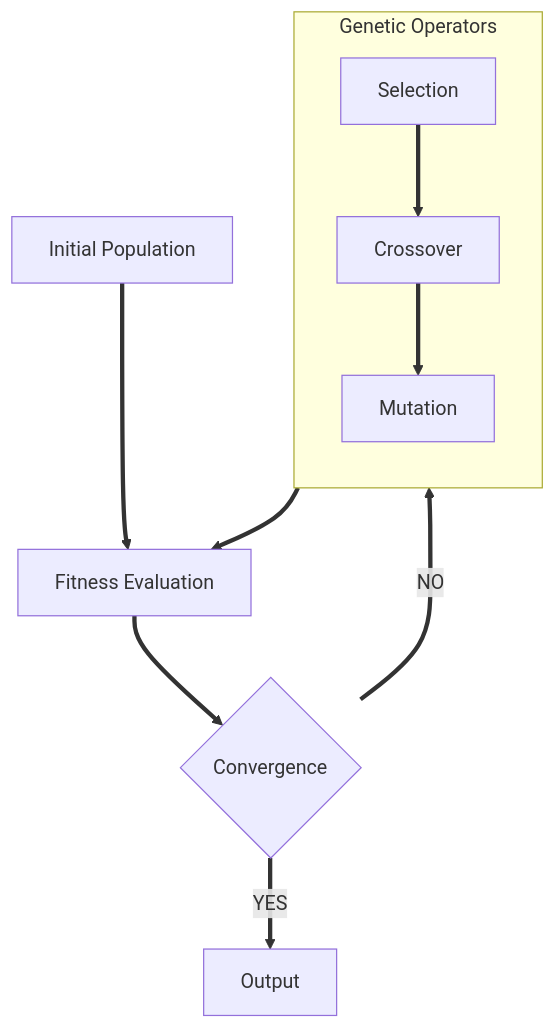
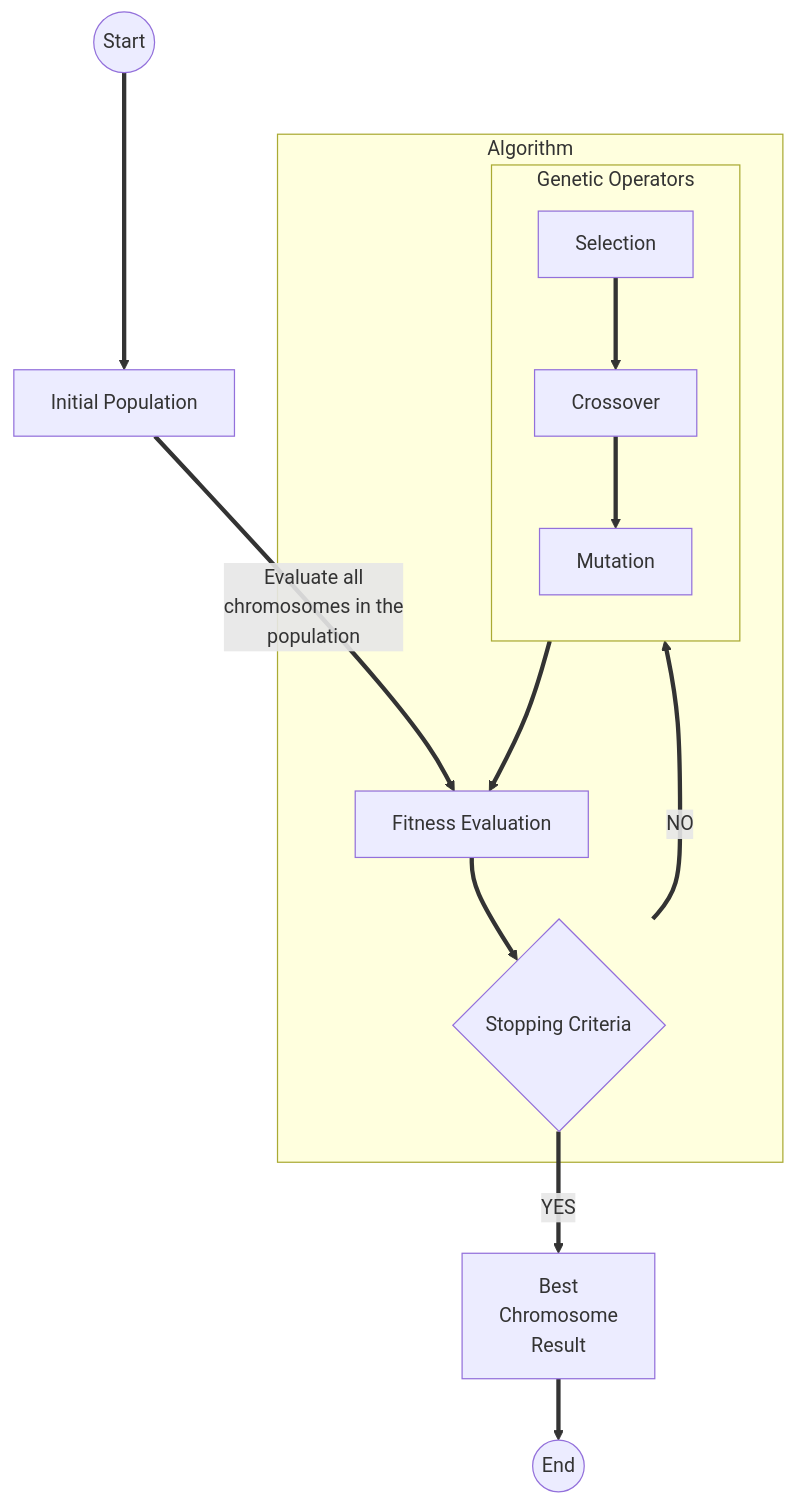
The diagram in README.md (imarranz/pygenmet-manual), drawn with Mermaid before and after one commit.

````diff
--- a/README.md
+++ b/README.md
@@ -56,17 +56,23 @@
 ```mermaid
 flowchart TB
-A[Initial Population] ==> B[Fitness Evaluation]
-B[Fitness Evaluation] ==> F{Convergence}
-F{Convergence} ==NO==> id1[Genetic Operators]
-F{Convergence} ==YES==> G[Output]
+ids((Start)) ==> A[Initial Population]
+A[Initial Population] ==Evaluate all<br>chromosomes in the<br>population==> B[Fitness Evaluation]
+B[Fitness Evaluation] ==> F{Stopping Criteria}
+F{Stopping Criteria} ==NO==> id1[Genetic Operators]
+F{Stopping Criteria} ==YES==> G[Best<br>Chromosome<br>Result]
 C[Selection] ==> D[Crossover]
 D[Crossover] ==> E[Mutation]
 subgraph id1[Genetic Operators]
   direction TB
   C[Selection]
   D[Crossover]
   E[Mutation]
 end
+subgraph id2[Algorithm]
+ id1[Genetic Operators]
+ B[Fitness Evaluation]
+ F{Stopping Criteria}
+end
 id1[GeneticOperators] ==> B[Fitness Evaluation]
-
+G[Best<br>Chromosome<br>Result] ==> ide((End))
 ```
````
